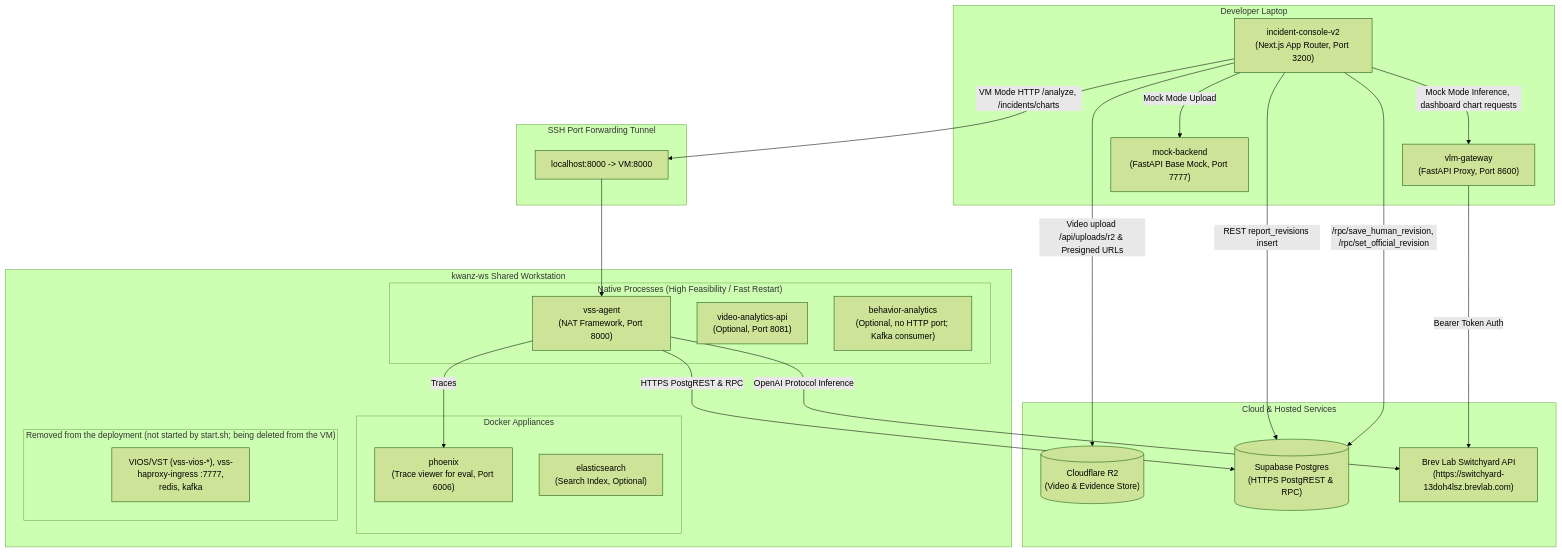
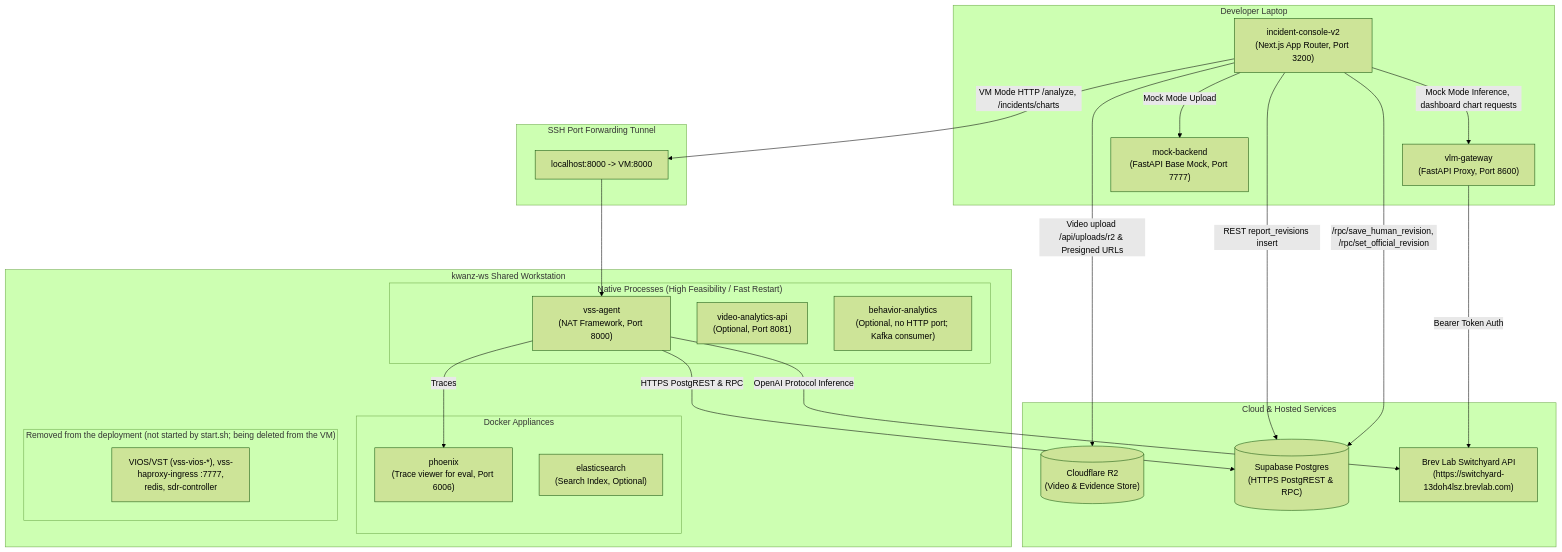
One commit to Danwidj/video-search-and-summarization changed the first of 5 diagrams in deploy/docker/developer-profiles/dev-profile-incident/.docs/architecture.md. Above: the diagram before and after it, drawn with Mermaid (forest theme). The commit also changed other lines of this file and 19 other files, not shown here.

````diff
--- a/deploy/docker/developer-profiles/dev-profile-incident/.docs/architecture.md
+++ b/deploy/docker/developer-profiles/dev-profile-incident/.docs/architecture.md
@@ -21,54 +21,54 @@
 ```mermaid
 flowchart TB
     subgraph Laptop["Developer Laptop"]
         UI["incident-console-v2<br/>(Next.js App Router, Port 3200)"]
         Gateway["vlm-gateway<br/>(FastAPI Proxy, Port 8600)"]
         Mock["mock-backend<br/>(FastAPI Base Mock, Port 7777)"]
     end
 
     subgraph Tunnel["SSH Port Forwarding Tunnel"]
         FwdAgent["localhost:8000 -> VM:8000"]
     end
 
     subgraph VM["kwanz-ws Shared Workstation"]
         subgraph VMNative["Native Processes (High Feasibility / Fast Restart)"]
             Agent["vss-agent<br/>(NAT Framework, Port 8000)"]
             VideoAnalytics["video-analytics-api<br/>(Optional, Port 8081)"]
             BehaviorAnalytics["behavior-analytics<br/>(Optional, no HTTP port; Kafka consumer)"]
         end
 
         subgraph VMDocker["Docker Appliances"]
             Phoenix["phoenix<br/>(Trace viewer for eval, Port 6006)"]
             Elasticsearch["elasticsearch<br/>(Search Index, Optional)"]
         end
 
         subgraph VMRemoved["Removed from the deployment (not started by start.sh; being deleted from the VM)"]
-            Removed["VIOS/VST (vss-vios-*), vss-haproxy-ingress :7777,<br/>redis, kafka"]
+            Removed["VIOS/VST (vss-vios-*), vss-haproxy-ingress :7777,<br/>redis, sdr-controller"]
         end
     end
 
     subgraph External["Cloud & Hosted Services"]
         R2[("Cloudflare R2<br/>(Video & Evidence Store)")]
         Supabase[("Supabase Postgres<br/>(HTTPS PostgREST & RPC)")]
         Brev["Brev Lab Switchyard API<br/>(https://switchyard-13doh4lsz.brevlab.com)"]
     end
 
     %% Laptop connections
     UI -->|Mock Mode Inference, dashboard chart requests| Gateway
     UI -->|Mock Mode Upload| Mock
     UI -->|VM Mode HTTP /analyze, /incidents/charts| FwdAgent
     UI -->|Video upload /api/uploads/r2 & Presigned URLs| R2
     UI -->|REST report_revisions insert| Supabase
     UI -->|/rpc/save_human_revision, /rpc/set_official_revision| Supabase
 
     %% Gateway Upstream
     Gateway -->|Bearer Token Auth| Brev
 
     %% Tunnel Connections
     FwdAgent --> Agent
 
     %% VM Internal Routing
     Agent -->|Traces| Phoenix
     Agent -->|OpenAI Protocol Inference| Brev
     Agent -->|HTTPS PostgREST & RPC| Supabase
 ```
````
